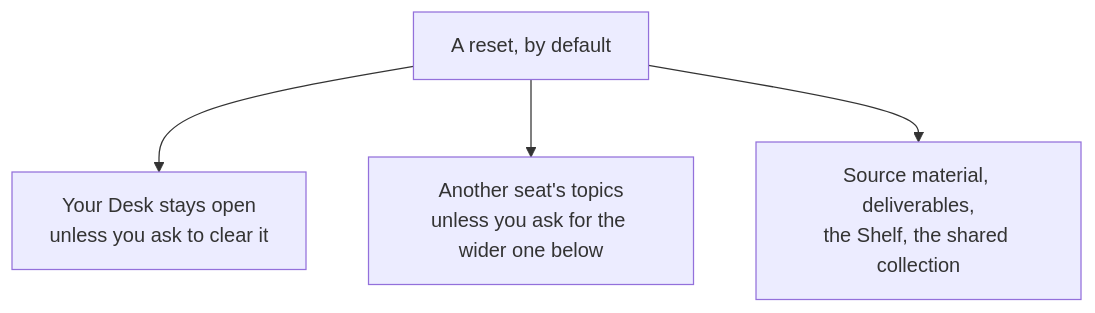
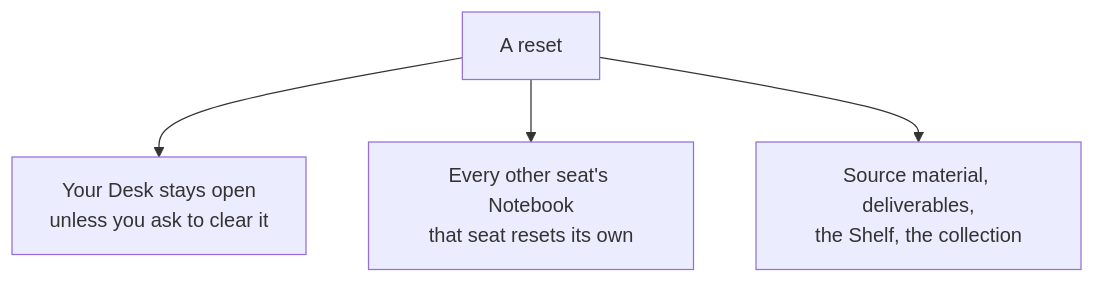
One commit to eKioga/deskpost changed the seventh of 10 diagrams in docs/guides/workflow-guide.md. Above: the diagram before and after it, drawn with Mermaid. The commit also changed other lines of this file and 32 other files, not shown here.

````diff
--- a/docs/guides/workflow-guide.md
+++ b/docs/guides/workflow-guide.md
@@ -135,6 +124,6 @@
 ```mermaid
 flowchart TD
-    R["A reset, by default"] --> K1["Your Desk stays open\nunless you ask to clear it"]
-    R --> K2["Another seat's topics\nunless you ask for the wider one below"]
-    R --> K3["Source material, deliverables,\nthe Shelf, the shared collection"]
+    R["A reset"] --> K1["Your Desk stays open\nunless you ask to clear it"]
+    R --> K2["Every other seat's Notebook\nthat seat resets its own"]
+    R --> K3["Source material, deliverables,\nthe Shelf, the collection"]
 ```
````
